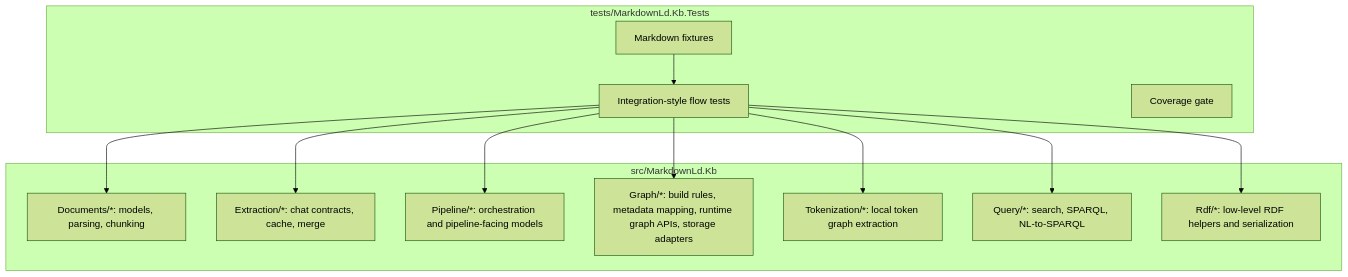
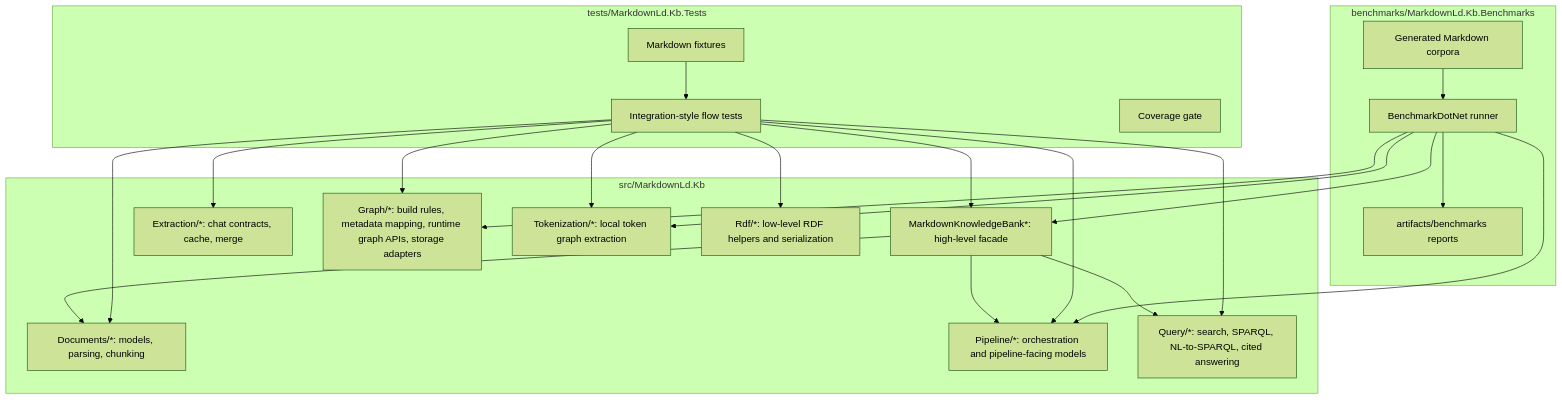
Before and after one commit to managedcode/markdown-ld-kb: the third of 10 diagrams in docs/Architecture.md, drawn with Mermaid (forest theme). The commit also changed other lines of this file and 84 other files, not shown here.

Commit message:
Add cited answering and benchmarked graph search

````diff
--- a/docs/Architecture.md
+++ b/docs/Architecture.md
@@ -161,27 +186,44 @@
 ```mermaid
 flowchart TB
     subgraph Core["src/MarkdownLd.Kb"]
+        Facade["MarkdownKnowledgeBank*: high-level facade"]
         Documents["Documents/*: models, parsing, chunking"]
         Extraction["Extraction/*: chat contracts, cache, merge"]
         Pipeline["Pipeline/*: orchestration and pipeline-facing models"]
         Graph["Graph/*: build rules, metadata mapping, runtime graph APIs, storage adapters"]
         Tokens["Tokenization/*: local token graph extraction"]
-        Query["Query/*: search, SPARQL, NL-to-SPARQL"]
+        Query["Query/*: search, SPARQL, NL-to-SPARQL, cited answering"]
         Rdf["Rdf/*: low-level RDF helpers and serialization"]
     end
 
     subgraph Tests["tests/MarkdownLd.Kb.Tests"]
         Fixtures["Markdown fixtures"]
         FlowTests["Integration-style flow tests"]
         Coverage["Coverage gate"]
     end
 
+    subgraph Benchmarks["benchmarks/MarkdownLd.Kb.Benchmarks"]
+        BenchRunner["BenchmarkDotNet runner"]
+        BenchCorpus["Generated Markdown corpora"]
+        BenchReports["artifacts/benchmarks reports"]
+    end
+
     Fixtures --> FlowTests
+    FlowTests --> Facade
+    Facade --> Pipeline
+    Facade --> Query
+    Facade --> Documents
     FlowTests --> Documents
     FlowTests --> Tokens
     FlowTests --> Extraction
     FlowTests --> Pipeline
     FlowTests --> Graph
     FlowTests --> Query
     FlowTests --> Rdf
+    BenchCorpus --> BenchRunner
+    BenchRunner --> Facade
+    BenchRunner --> Pipeline
+    BenchRunner --> Graph
+    BenchRunner --> Tokens
+    BenchRunner --> BenchReports
 ```
````
